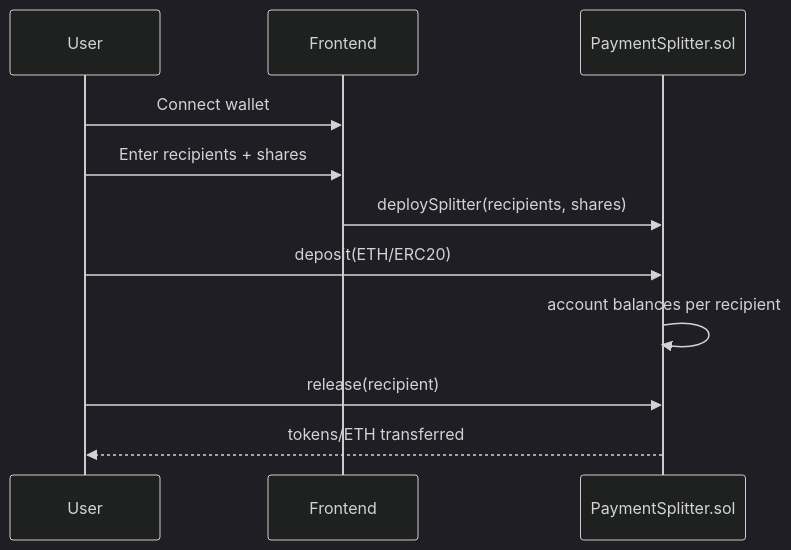
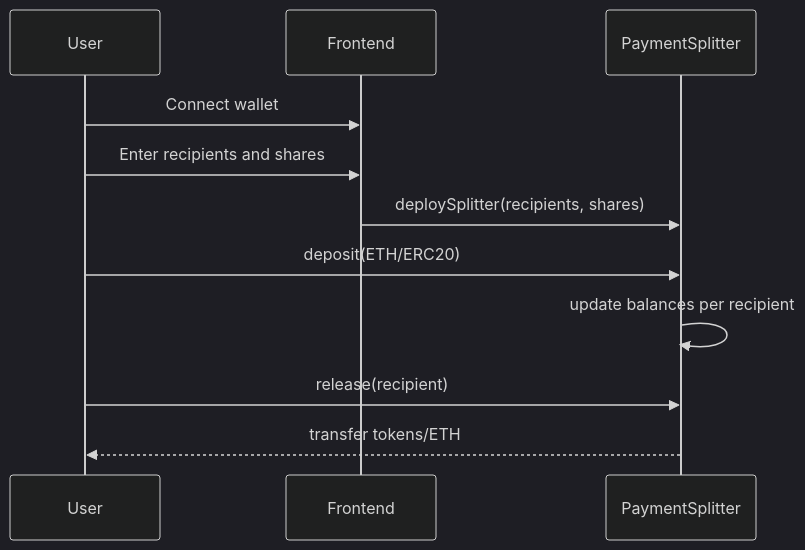
One commit to samarabdelhameed/Treehole changed the second of 3 diagrams in README.md. Above: the diagram before and after it, drawn with Mermaid (dark theme). The commit also changed other lines of this file, not shown here.

Commit message:
docs: fix Mermaid diagrams for GitHub rendering (simpler labels)

````diff
--- a/README.md
+++ b/README.md
@@ -43,14 +43,14 @@
 ```mermaid
 sequenceDiagram
   participant U as User
   participant F as Frontend
-  participant S as PaymentSplitter.sol
+  participant S as PaymentSplitter
 
   U->>F: Connect wallet
-  U->>F: Enter recipients + shares
+  U->>F: Enter recipients and shares
   F->>S: deploySplitter(recipients, shares)
   U->>S: deposit(ETH/ERC20)
-  S->>S: account balances per recipient
+  S->>S: update balances per recipient
   U->>S: release(recipient)
-  S-->>U: tokens/ETH transferred
+  S-->>U: transfer tokens/ETH
 ```
````
